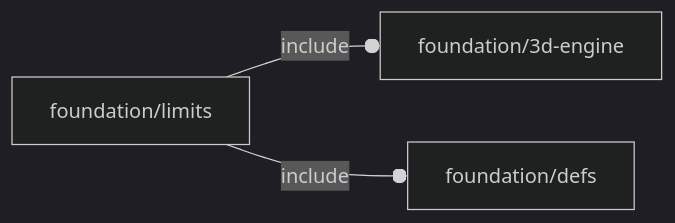
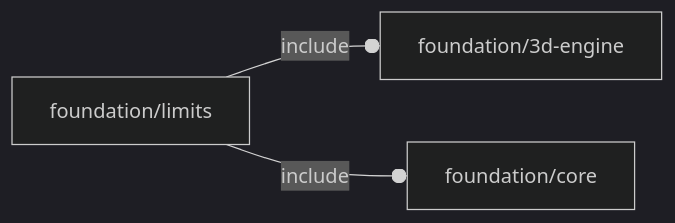
Before and after one commit to ggabbiani/OFL: the diagram in orthodocs/foundation/limits.md, drawn with Mermaid (dark theme). The commit also changed 81 other files, not shown here.

Commit message:
foundation/defs.scad renamed as foundation/core.scad

````diff
--- a/orthodocs/foundation/limits.md
+++ b/orthodocs/foundation/limits.md
@@ -5,5 +5,5 @@
 ```mermaid
 graph LR
     A1[foundation/limits] --o|include| A2[foundation/3d-engine]
-    A1 --o|include| A3[foundation/defs]
+    A1 --o|include| A3[foundation/core]
 ```
````
